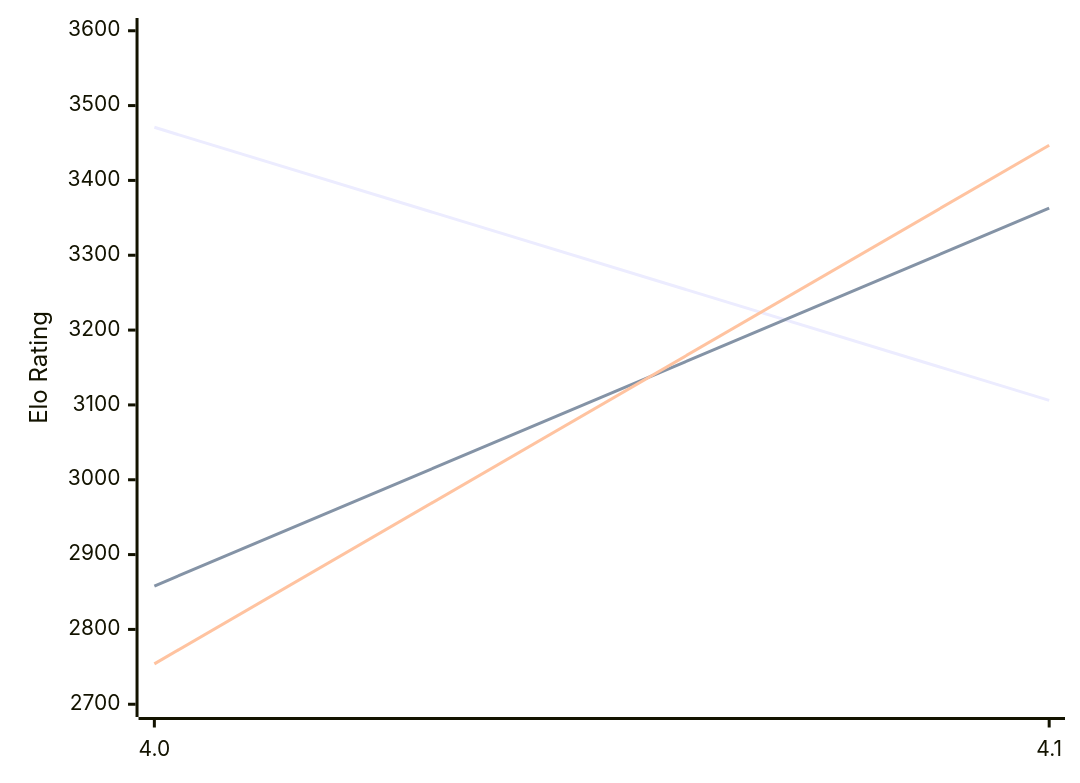
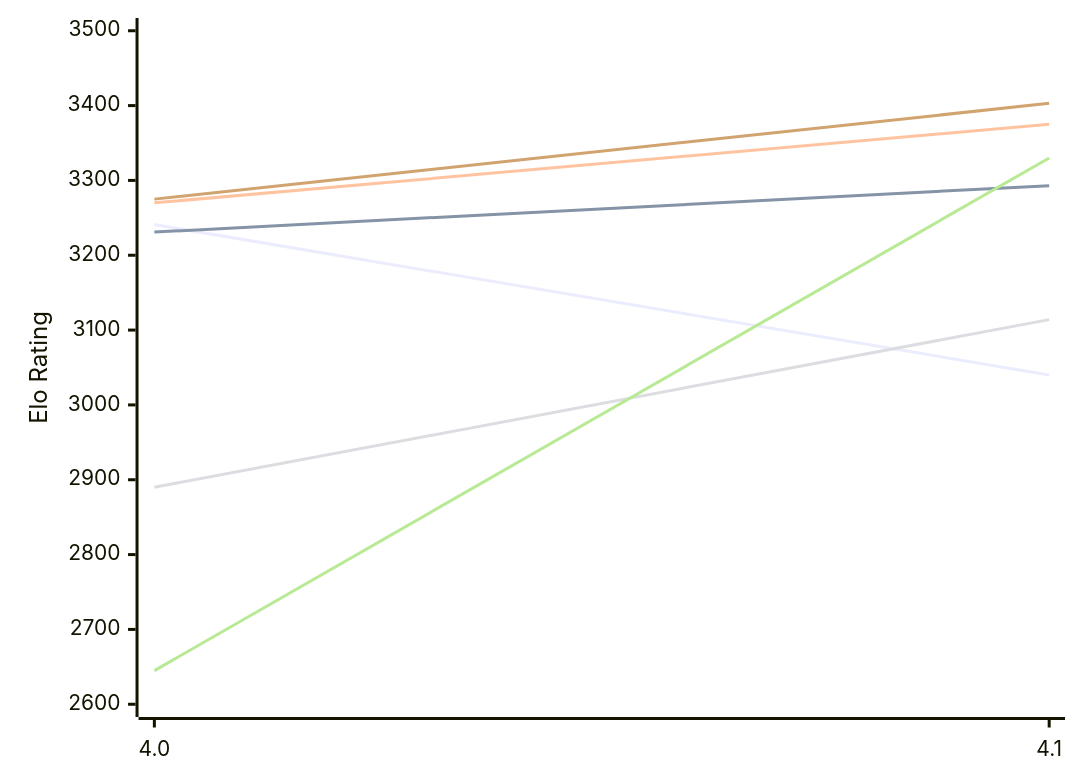
One commit to computer-chess-index/cci changed the first of 2 diagrams in engines/Petrel.md. Above: the diagram before and after it, drawn with Mermaid. The commit also changed other lines of this file, not shown here.

Commit message:
Update CCI Ratings (ELO VLTC) - 2026-11-13

````diff
--- a/engines/Petrel.md
+++ b/engines/Petrel.md
@@ -56,12 +57,12 @@
 ```mermaid
 %%{init: {"theme":"base","themeVariables":{"seriesColors:['#a3a3a3','#222221','#faa371']}}}%%
 xychart-beta
   x-axis ["4.0", "4.1"]
-  y-axis "Elo Rating" 2700 --> 3600
-  line "E1: STC (8.0+0.08s)" [3471, 3106]
-  line "E1: LTC (60.0+0.60s)" [2858, 3363]
-  line "E1: VLTC (2m24s+1.12s)" [2754, 3447]
-  line "P1: STC (8.0+0.08s)" [3285]
-  line "P1: LTC (60.0+0.60s)" [3498]
-  line "P1: VLTC (2m24s+1.12s)" [3571]
+  y-axis "Elo Rating" 2600 --> 3500
+  line "E1: STC (8.0+0.08s)" [3241, 3040]
+  line "E1: LTC (60.0+0.60s)" [3231, 3293]
+  line "E1: VLTC (2m24s+1.12s)" [3270, 3375]
+  line "P1: STC (8.0+0.08s)" [2890, 3114]
+  line "P1: LTC (60.0+0.60s)" [2645, 3330]
+  line "P1: VLTC (2m24s+1.12s)" [3275, 3403]
 ```
````
